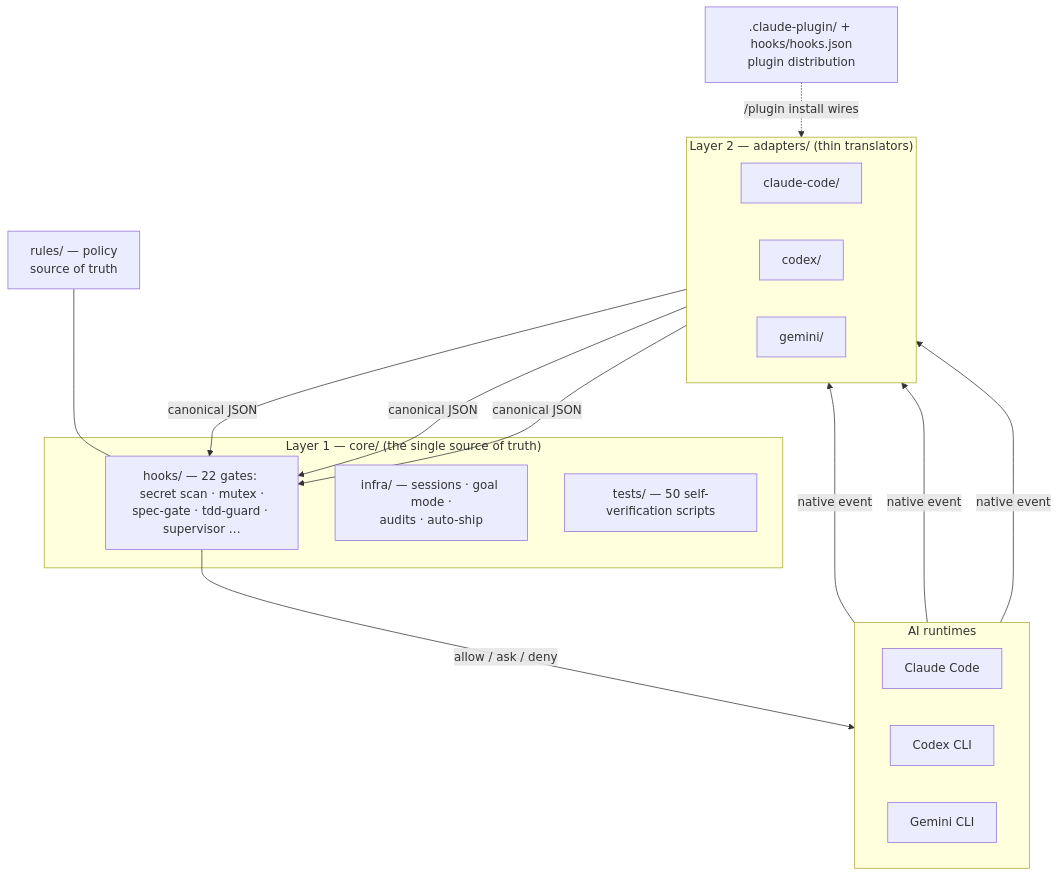
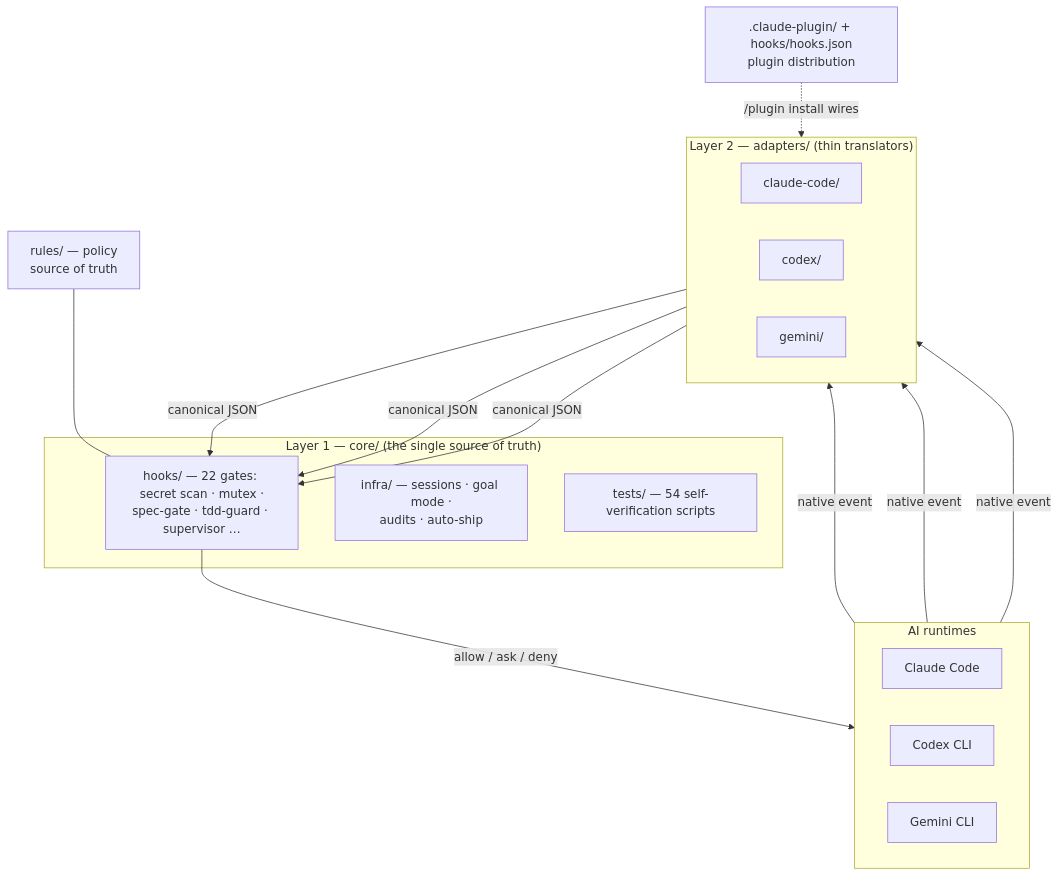
The second of 5 diagrams in README.md (joymin5655/Agent), drawn with Mermaid before and after one commit. The commit also changed other lines of this file and 7 other files, not shown here.

````diff
--- a/README.md
+++ b/README.md
@@ -215,32 +215,32 @@
 ```mermaid
 flowchart TB
     subgraph RT["AI runtimes"]
         direction LR
         CC["Claude Code"]
         CX["Codex CLI"]
         GM["Gemini CLI"]
     end
     subgraph AD["Layer 2 — adapters/ (thin translators)"]
         direction LR
         A1["claude-code/"]
         A2["codex/"]
         A3["gemini/"]
     end
     subgraph CORE["Layer 1 — core/ (the single source of truth)"]
         H["hooks/ — 22 gates: secret scan · mutex ·<br/>spec-gate · tdd-guard · supervisor …"]
         I["infra/ — sessions · goal mode ·<br/>audits · auto-ship"]
-        T["tests/ — 50 self-verification scripts"]
+        T["tests/ — 54 self-verification scripts"]
     end
     R["rules/ — policy<br/>source of truth"]
     PLUG[".claude-plugin/ + hooks/hooks.json<br/>plugin distribution"]
 
     CC -->|native event| A1
     CX -->|native event| A2
     GM -->|native event| A3
     A1 -->|canonical JSON| H
     A2 -->|canonical JSON| H
     A3 -->|canonical JSON| H
     H -->|"allow / ask / deny"| RT
     R --- H
     PLUG -. "/plugin install wires" .-> A1
 ```
````
